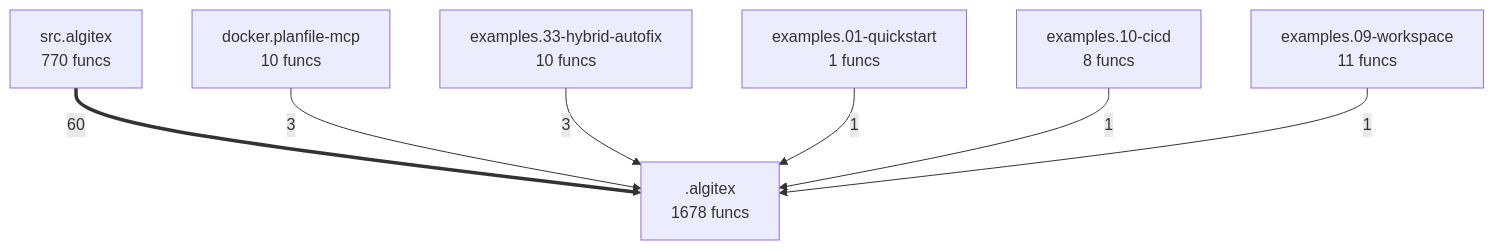
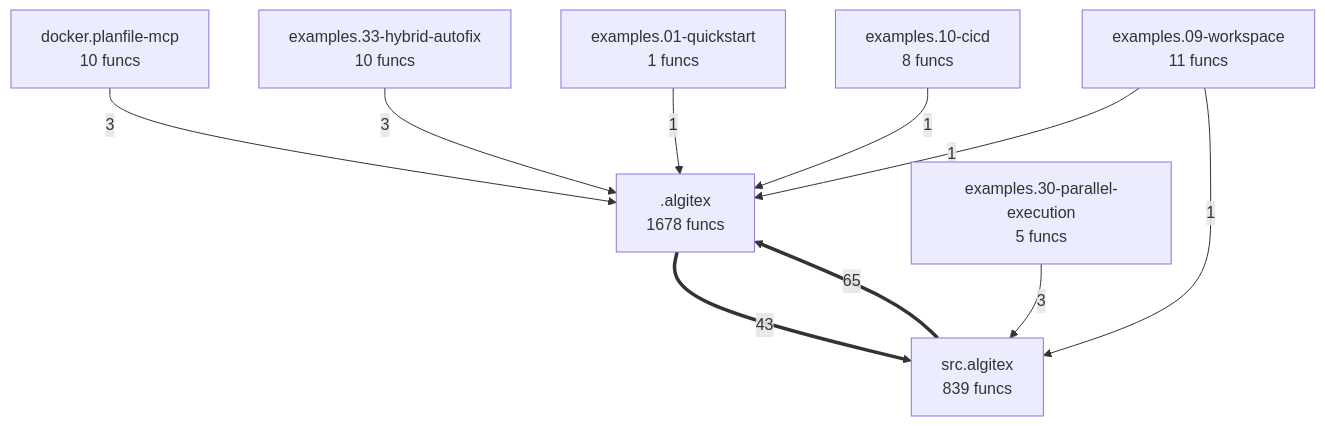
Before and after one commit to semcod/algitex: the diagram in project/compact_flow.mmd, drawn with Mermaid. The commit also changed 35 other files, not shown here.

```diff
--- a/project/compact_flow.mmd
+++ b/project/compact_flow.mmd
@@ -1,14 +1,18 @@
 flowchart TD
     M___algitex[".algitex<br/>1678 funcs"]
     docker__planfile_mcp["docker.planfile-mcp<br/>10 funcs"]
     examples__01_quickstart["examples.01-quickstart<br/>1 funcs"]
     examples__09_workspace["examples.09-workspace<br/>11 funcs"]
     examples__10_cicd["examples.10-cicd<br/>8 funcs"]
+    examples__30_parallel_execution["examples.30-parallel-execution<br/>5 funcs"]
     examples__33_hybrid_autofix["examples.33-hybrid-autofix<br/>10 funcs"]
-    src__algitex["src.algitex<br/>770 funcs"]
-    src__algitex ==>|60| M___algitex
+    src__algitex["src.algitex<br/>839 funcs"]
+    src__algitex ==>|65| M___algitex
+    M___algitex ==>|43| src__algitex
     docker__planfile_mcp -->|3| M___algitex
+    examples__30_parallel_execution -->|3| src__algitex
     examples__33_hybrid_autofix -->|3| M___algitex
     examples__01_quickstart -->|1| M___algitex
     examples__10_cicd -->|1| M___algitex
     examples__09_workspace -->|1| M___algitex
+    examples__09_workspace -->|1| src__algitex
```
